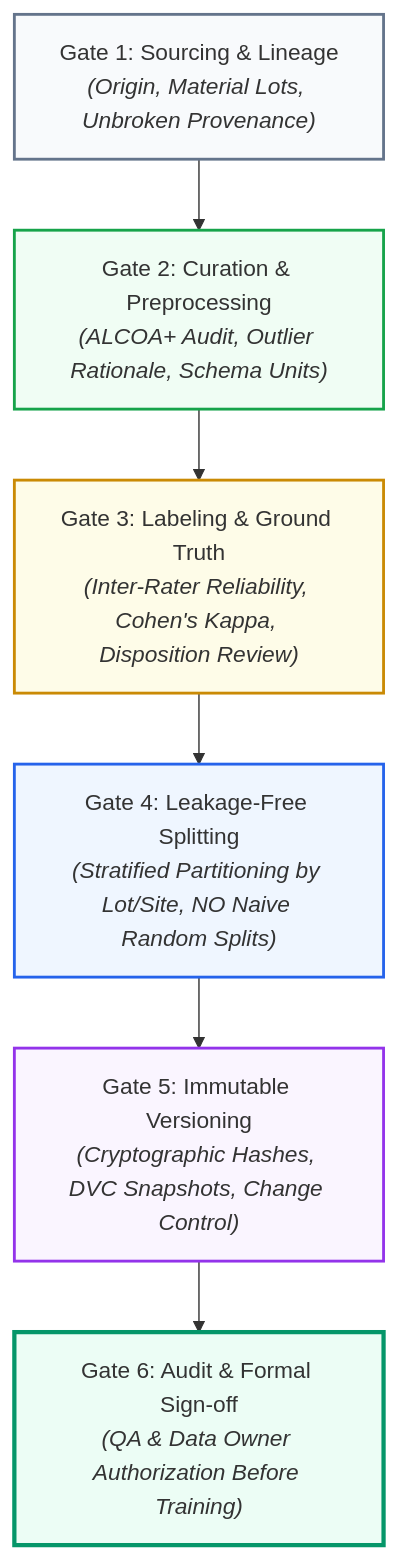
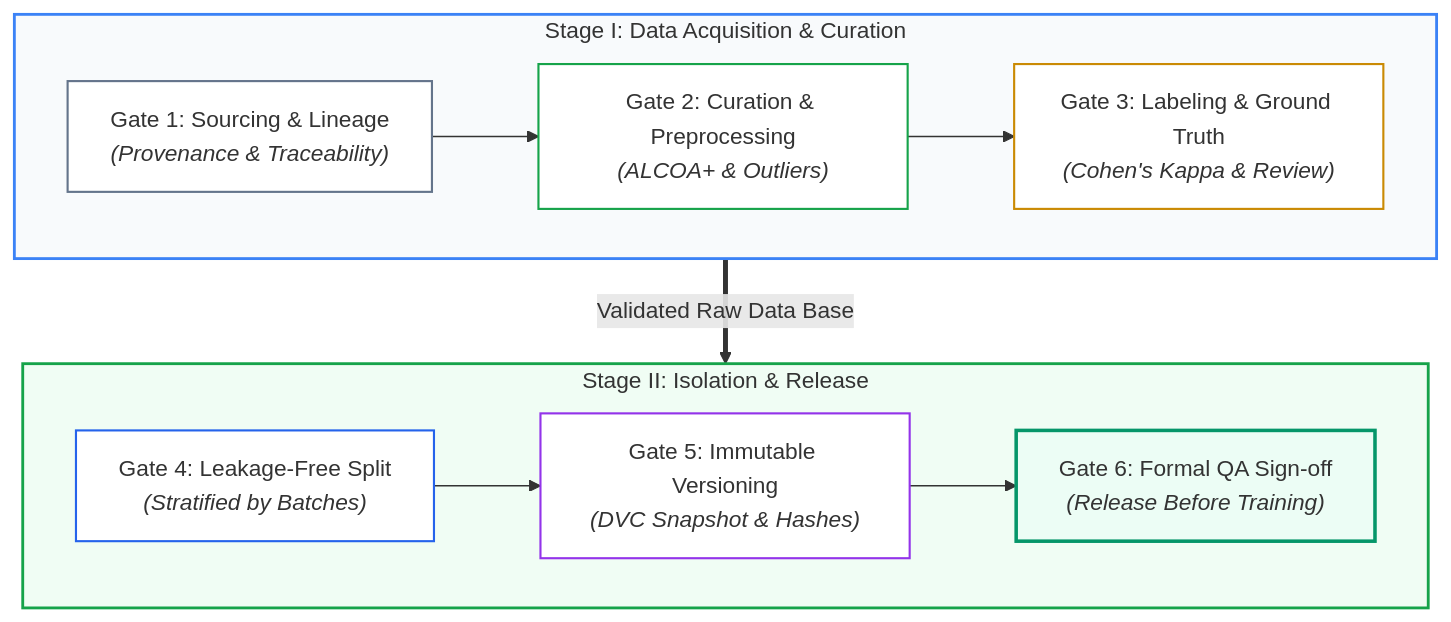
The diagram in docs/en/module_06_data_governance_quality.md (Lunaman06/Annex22), drawn with Mermaid before and after one commit. The commit also changed other lines of this file and 29 other files, not shown here.

Commit message:
style(docs): optimize mermaid diagram aspect ratios, edge flows and legibility across all DE and EN modules

````diff
--- a/docs/en/module_06_data_governance_quality.md
+++ b/docs/en/module_06_data_governance_quality.md
@@ -29,15 +29,25 @@
 ```mermaid
 flowchart TD
-    G1["Gate 1: Sourcing & Lineage<br/><i>(Origin, Material Lots, Unbroken Provenance)</i>"] --> G2["Gate 2: Curation & Preprocessing<br/><i>(ALCOA+ Audit, Outlier Rationale, Schema Units)</i>"]
-    G2 --> G3["Gate 3: Labeling & Ground Truth<br/><i>(Inter-Rater Reliability, Cohen's Kappa, Disposition Review)</i>"]
-    G3 --> G4["Gate 4: Leakage-Free Splitting<br/><i>(Stratified Partitioning by Lot/Site, NO Naive Random Splits)</i>"]
-    G4 --> G5["Gate 5: Immutable Versioning<br/><i>(Cryptographic Hashes, DVC Snapshots, Change Control)</i>"]
-    G5 --> G6["Gate 6: Audit & Formal Sign-off<br/><i>(QA & Data Owner Authorization Before Training)</i>"]
+    subgraph P1["Stage I: Data Acquisition & Curation"]
+        direction LR
+        G1["Gate 1: Sourcing & Lineage<br/><i>(Provenance & Traceability)</i>"] --> G2["Gate 2: Curation & Preprocessing<br/><i>(ALCOA+ & Outliers)</i>"]
+        G2 --> G3["Gate 3: Labeling & Ground Truth<br/><i>(Cohen's Kappa & Review)</i>"]
+    end
 
-    style G1 fill:#f8fafc,stroke:#64748b,stroke-width:2px
-    style G2 fill:#f0fdf4,stroke:#16a34a,stroke-width:2px
-    style G3 fill:#fefce8,stroke:#ca8a04,stroke-width:2px
-    style G4 fill:#eff6ff,stroke:#2563eb,stroke-width:2px
-    style G5 fill:#faf5ff,stroke:#9333ea,stroke-width:2px
-    style G6 fill:#ecfdf5,stroke:#059669,stroke-width:3px
+    subgraph P2["Stage II: Isolation & Release"]
+        direction LR
+        G4["Gate 4: Leakage-Free Split<br/><i>(Stratified by Batches)</i>"] --> G5["Gate 5: Immutable Versioning<br/><i>(DVC Snapshot & Hashes)</i>"]
+        G5 --> G6["Gate 6: Formal QA Sign-off<br/><i>(Release Before Training)</i>"]
+    end
+
+    P1 ==>|"Validated Raw Data Base"| P2
+
+    style P1 fill:#f8fafc,stroke:#3b82f6,stroke-width:2px
+    style P2 fill:#f0fdf4,stroke:#16a34a,stroke-width:2px
+    style G1 fill:#ffffff,stroke:#64748b,stroke-width:1.5px
+    style G2 fill:#ffffff,stroke:#16a34a,stroke-width:1.5px
+    style G3 fill:#ffffff,stroke:#ca8a04,stroke-width:1.5px
+    style G4 fill:#ffffff,stroke:#2563eb,stroke-width:1.5px
+    style G5 fill:#ffffff,stroke:#9333ea,stroke-width:1.5px
+    style G6 fill:#ecfdf5,stroke:#059669,stroke-width:2.5px
 ```
````
